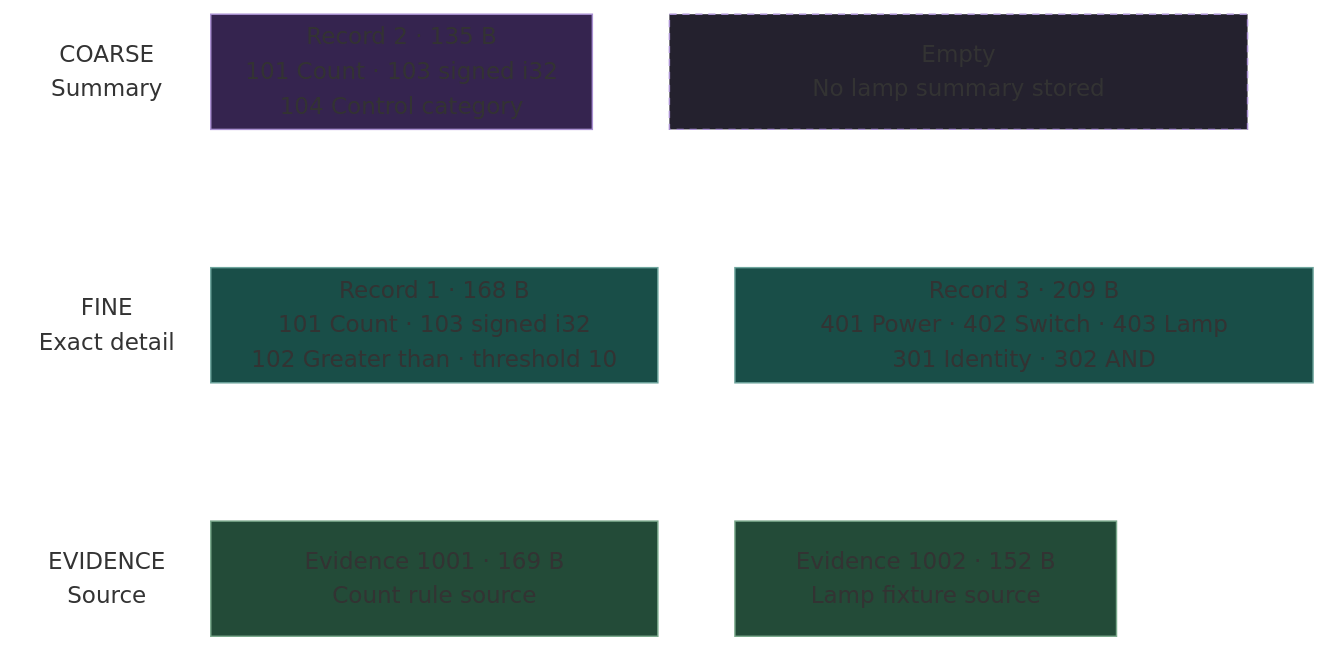
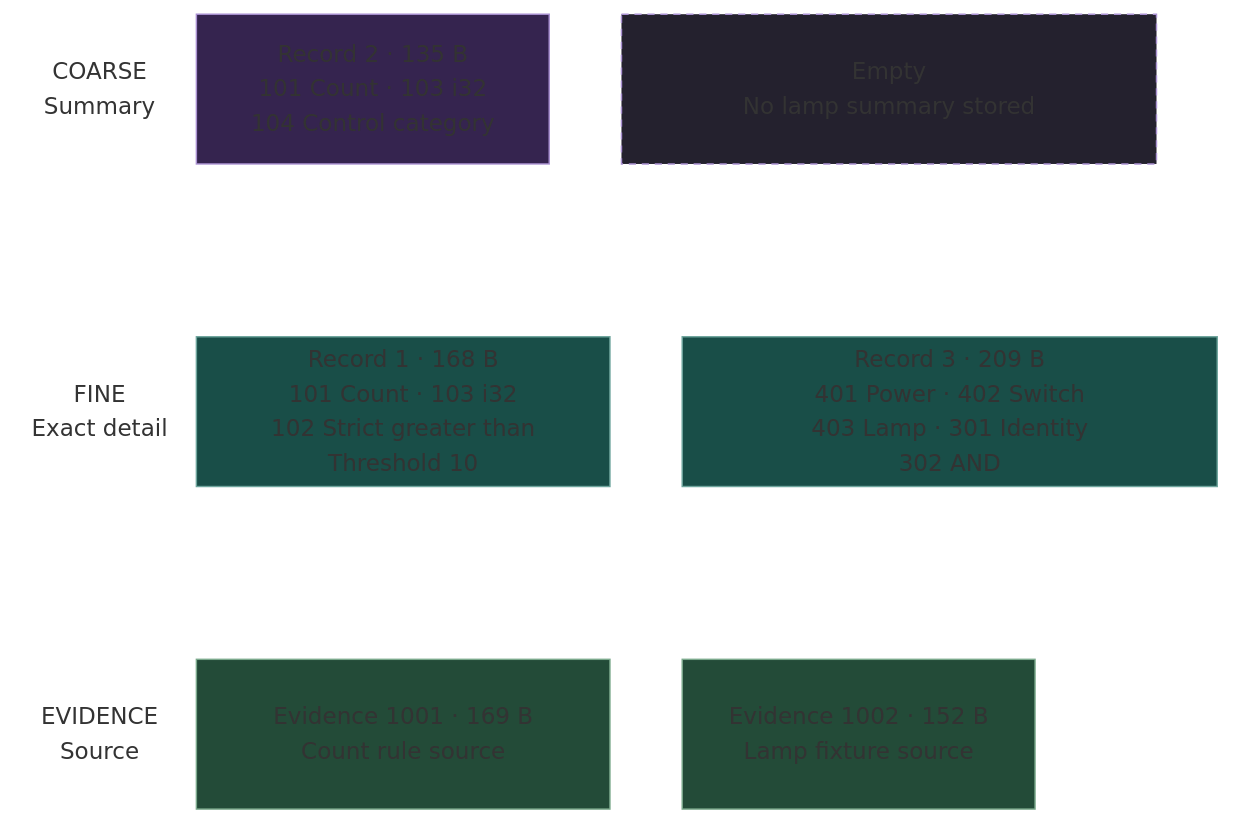
One commit to Kian-hdr/lore-demo changed the eighth of 9 diagrams in README.md. Above: the diagram before and after it, drawn with Mermaid. The commit also changed 1 other file, not shown here.

Commit message:
Wrap code meanings for smaller GitHub diagram views

````diff
--- a/README.md
+++ b/README.md
@@ -227,20 +227,20 @@
 ```mermaid
 block-beta
     columns 20
-    coarse["COARSE<br/>Summary"]:3 summary["Record 2 · 135 B<br/>101 Count · 103 signed i32<br/>104 Control category"]:6 space:1 empty["Empty<br/>No lamp summary stored"]:9 space:1
+    coarse["COARSE<br/>Summary"]:3 summary["Record 2 · 135 B<br/>101 Count · 103 i32<br/>104 Control category"]:6 space:1 empty["Empty<br/>No lamp summary stored"]:9 space:1
     gap1[" "]:20
-    fine["FINE<br/>Exact detail"]:3 count["Record 1 · 168 B<br/>101 Count · 103 signed i32<br/>102 Greater than · threshold 10"]:7 space:1 lamp["Record 3 · 209 B<br/>401 Power · 402 Switch · 403 Lamp<br/>301 Identity · 302 AND"]:9
+    fine["FINE<br/>Exact detail"]:3 count["Record 1 · 168 B<br/>101 Count · 103 i32<br/>102 Strict greater than<br/>Threshold 10"]:7 space:1 lamp["Record 3 · 209 B<br/>401 Power · 402 Switch<br/>403 Lamp · 301 Identity<br/>302 AND"]:9
     gap2[" "]:20
     evidence["EVIDENCE<br/>Source"]:3 countsource["Evidence 1001 · 169 B<br/>Count rule source"]:7 space:1 lampsource["Evidence 1002 · 152 B<br/>Lamp fixture source"]:6 space:3
     style coarse fill:none,stroke:none,font-weight:bold;
     style fine fill:none,stroke:none,font-weight:bold;
     style evidence fill:none,stroke:none,font-weight:bold;
     style summary fill:#35244f,stroke:#aa91d2,color:#ffffff;
     style empty fill:#24212e,stroke:#aa91d2,color:#e3d8f2,stroke-dasharray:5 4;
     style count fill:#194e48,stroke:#6ea59d,color:#ffffff;
     style lamp fill:#194e48,stroke:#6ea59d,color:#ffffff;
     style countsource fill:#234b38,stroke:#7ba98c,color:#ffffff;
     style lampsource fill:#234b38,stroke:#7ba98c,color:#ffffff;
     style gap1 fill:none,stroke:none,opacity:0;
     style gap2 fill:none,stroke:none,opacity:0;
 ```
````
